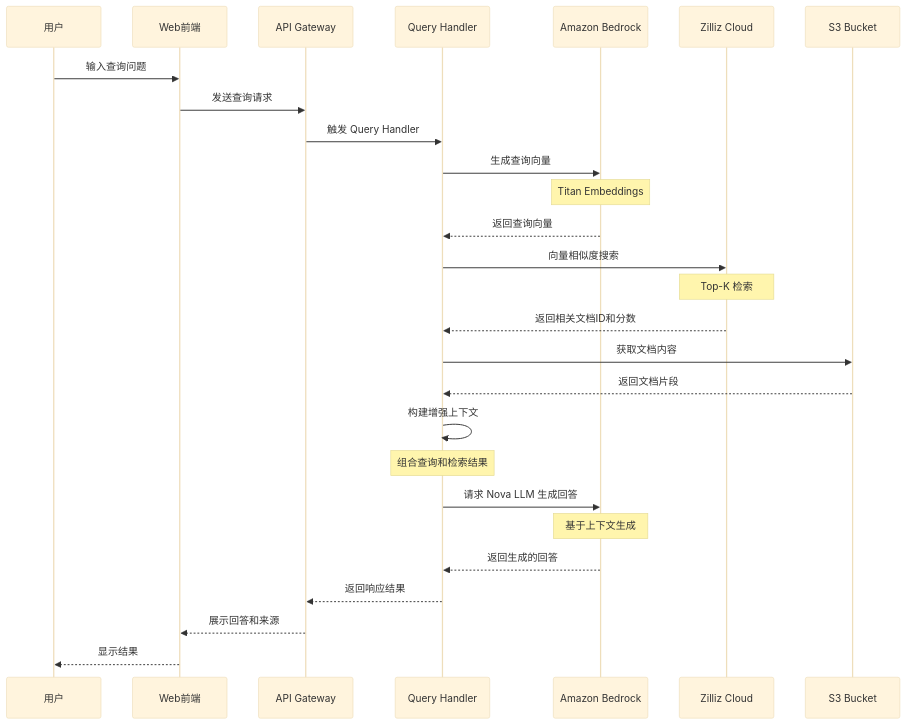
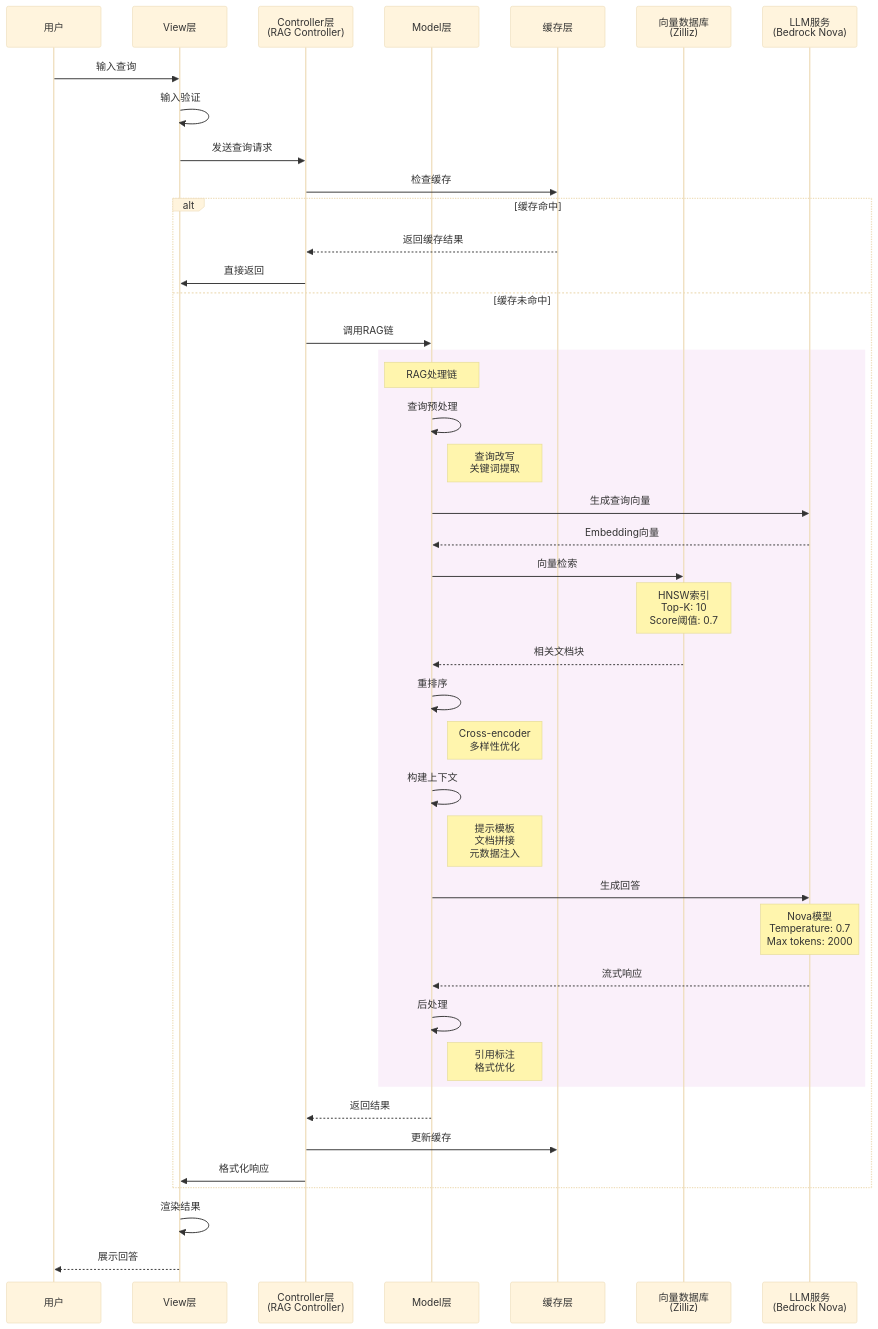
One commit to yincma/AWS-zilliz-RAG changed the third of 5 diagrams in README.md. Above: the diagram before and after it, drawn with Mermaid (base theme). The commit also changed other lines of this file and 1 other file, not shown here.

````diff
--- a/README.md
+++ b/README.md
@@ -111,36 +162,55 @@
 ```mermaid
 sequenceDiagram
     participant User as 用户
-    participant Web as Web前端
-    participant API as API Gateway
-    participant Lambda as Query Handler
-    participant Bedrock as Amazon Bedrock
-    participant Zilliz as Zilliz Cloud
-    participant S3 as S3 Bucket
+    participant View as View层
+    participant Controller as Controller层<br/>(RAG Controller)
+    participant Model as Model层
+    participant Cache as 缓存层
+    participant Vector as 向量数据库<br/>(Zilliz)
+    participant LLM as LLM服务<br/>(Bedrock Nova)
     
-    User->>Web: 输入查询问题
-    Web->>API: 发送查询请求
-    API->>Lambda: 触发 Query Handler
+    User->>View: 输入查询
+    View->>View: 输入验证
+    View->>Controller: 发送查询请求
     
-    Lambda->>Bedrock: 生成查询向量
-    Note over Bedrock: Titan Embeddings
-    Bedrock-->>Lambda: 返回查询向量
+    Controller->>Cache: 检查缓存
+    alt 缓存命中
+        Cache-->>Controller: 返回缓存结果
+        Controller->>View: 直接返回
+    else 缓存未命中
+        Controller->>Model: 调用RAG链
+        
+        rect rgb(250, 240, 250)
+            Note over Model: RAG处理链
+            Model->>Model: 查询预处理
+            Note right of Model: 查询改写<br/>关键词提取
+            
+            Model->>LLM: 生成查询向量
+            LLM-->>Model: Embedding向量
+            
+            Model->>Vector: 向量检索
+            Note over Vector: HNSW索引<br/>Top-K: 10<br/>Score阈值: 0.7
+            Vector-->>Model: 相关文档块
+            
+            Model->>Model: 重排序
+            Note right of Model: Cross-encoder<br/>多样性优化
+            
+            Model->>Model: 构建上下文
+            Note right of Model: 提示模板<br/>文档拼接<br/>元数据注入
+            
+            Model->>LLM: 生成回答
+            Note over LLM: Nova模型<br/>Temperature: 0.7<br/>Max tokens: 2000
+            LLM-->>Model: 流式响应
+            
+            Model->>Model: 后处理
+            Note right of Model: 引用标注<br/>格式优化
+        end
+        
+        Model-->>Controller: 返回结果
+        Controller->>Cache: 更新缓存
+        Controller->>View: 格式化响应
+    end
     
-    Lambda->>Zilliz: 向量相似度搜索
-    Note over Zilliz: Top-K 检索
-    Zilliz-->>Lambda: 返回相关文档ID和分数
-    
-    Lambda->>S3: 获取文档内容
-    S3-->>Lambda: 返回文档片段
-    
-    Lambda->>Lambda: 构建增强上下文
-    Note over Lambda: 组合查询和检索结果
-    
-    Lambda->>Bedrock: 请求 Nova LLM 生成回答
-    Note over Bedrock: 基于上下文生成
-    Bedrock-->>Lambda: 返回生成的回答
-    
-    Lambda-->>API: 返回响应结果
-    API-->>Web: 展示回答和来源
-    Web-->>User: 显示结果
+    View->>View: 渲染结果
+    View-->>User: 展示回答
 ```
````
